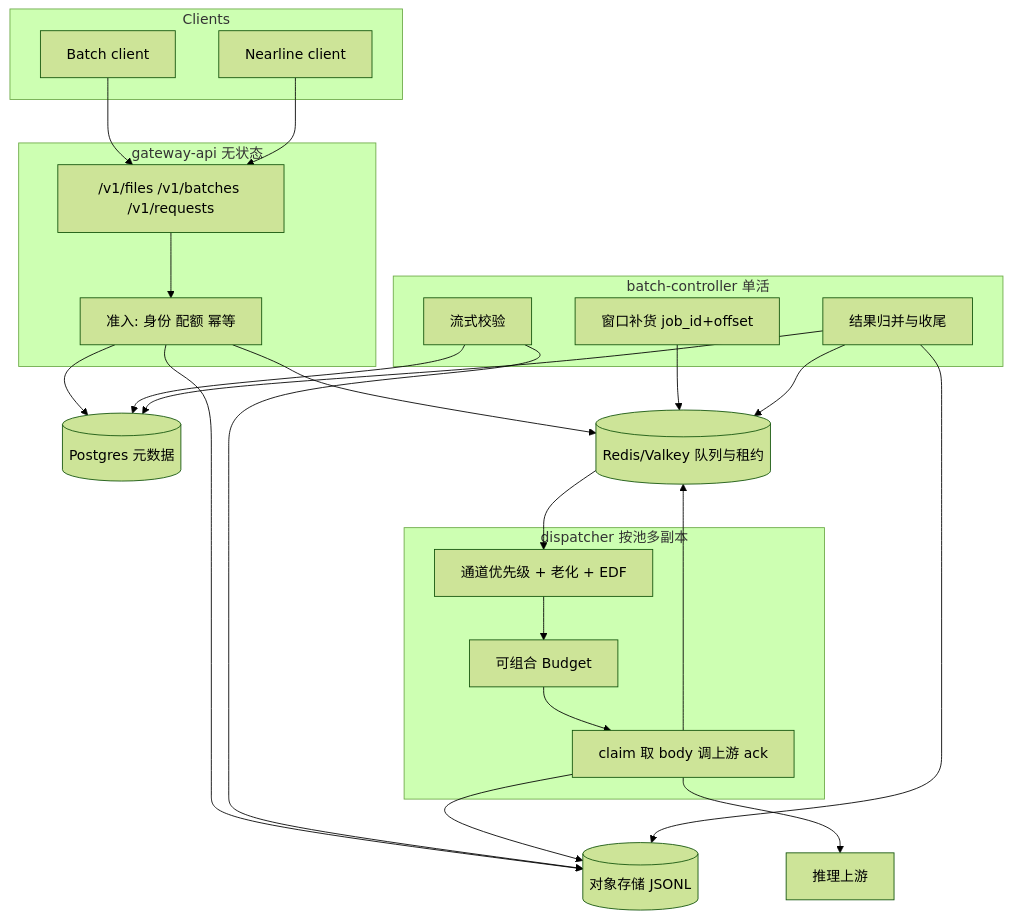
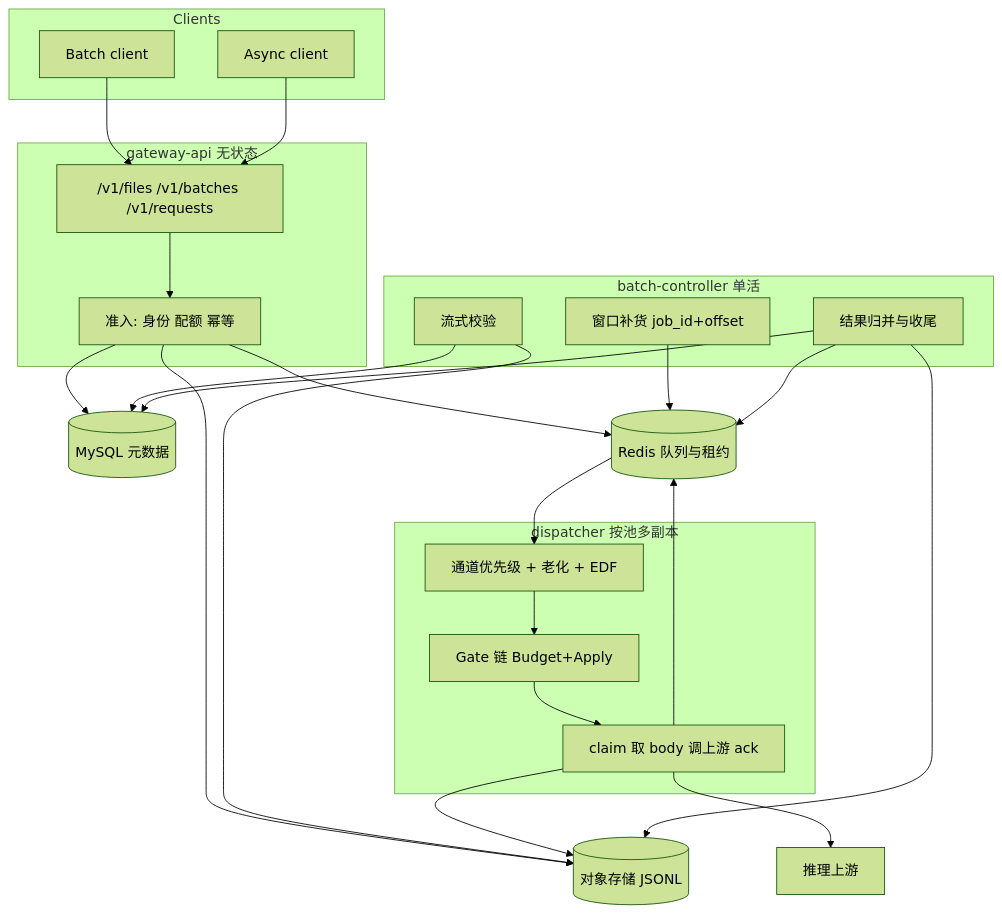
The diagram in docs/rfcs/0001-production-architecture.md (rayo1uo/llm-async-gateway), drawn with Mermaid (forest theme) before and after one commit. The commit also changed other lines of this file and 1 other file, not shown here.

````diff
--- a/docs/rfcs/0001-production-architecture.md
+++ b/docs/rfcs/0001-production-architecture.md
@@ -110,46 +119,46 @@
 ```mermaid
 flowchart TB
   subgraph clients [Clients]
     BC[Batch client]
-    NC[Nearline client]
+    NC[Async client]
   end
 
   subgraph api [gateway-api 无状态]
     HTTP["/v1/files /v1/batches /v1/requests"]
     ADM[准入: 身份 配额 幂等]
   end
 
   subgraph ctl [batch-controller 单活]
     VAL[流式校验]
     WIN[窗口补货 job_id+offset]
     COL[结果归并与收尾]
   end
 
   subgraph disp [dispatcher 按池多副本]
     SCH[通道优先级 + 老化 + EDF]
-    GATE[可组合 Budget]
+    GATE[Gate 链 Budget+Apply]
     WK[claim 取 body 调上游 ack]
   end
 
-  PG[(Postgres 元数据)]
+  PG[(MySQL 元数据)]
   OBJ[(对象存储 JSONL)]
-  REDIS[(Redis/Valkey 队列与租约)]
+  REDIS[(Redis 队列与租约)]
   UP[推理上游]
 
   BC --> HTTP
   NC --> HTTP
   HTTP --> ADM
   ADM --> PG
   ADM --> OBJ
   ADM --> REDIS
   VAL --> OBJ
   VAL --> PG
   WIN --> REDIS
   REDIS --> SCH --> GATE --> WK
   WK --> OBJ
   WK --> UP
   WK --> REDIS
   COL --> REDIS
   COL --> OBJ
   COL --> PG
 ```
````
